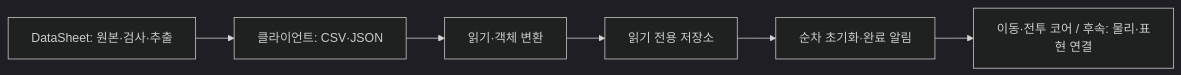
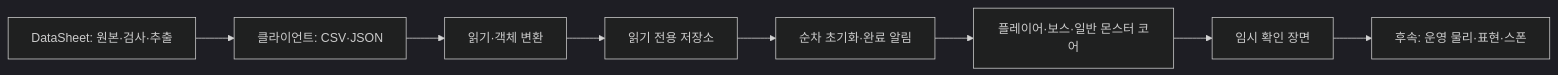
Before and after one commit to lkhwcf-arch/Human_Ghost-: the first of 4 diagrams in 프로젝트 기본설계.md, drawn with Mermaid (dark theme). The commit also changed other lines of this file and 12 other files, not shown here.

````diff
--- a/프로젝트 기본설계.md
+++ b/프로젝트 기본설계.md
@@ -7,8 +7,10 @@
 ```mermaid
 flowchart LR
     A[DataSheet: 원본·검사·추출] --> B[클라이언트: CSV·JSON]
     B --> C[읽기·객체 변환]
     C --> D[읽기 전용 저장소]
     D --> E[순차 초기화·완료 알림]
-    E --> F[이동·전투 코어 / 후속: 물리·표현 연결]
+    E --> F[플레이어·보스·일반 몬스터 코어]
+    F --> P[임시 확인 장면]
+    P --> N[후속: 운영 물리·표현·스폰]
 ```
````
